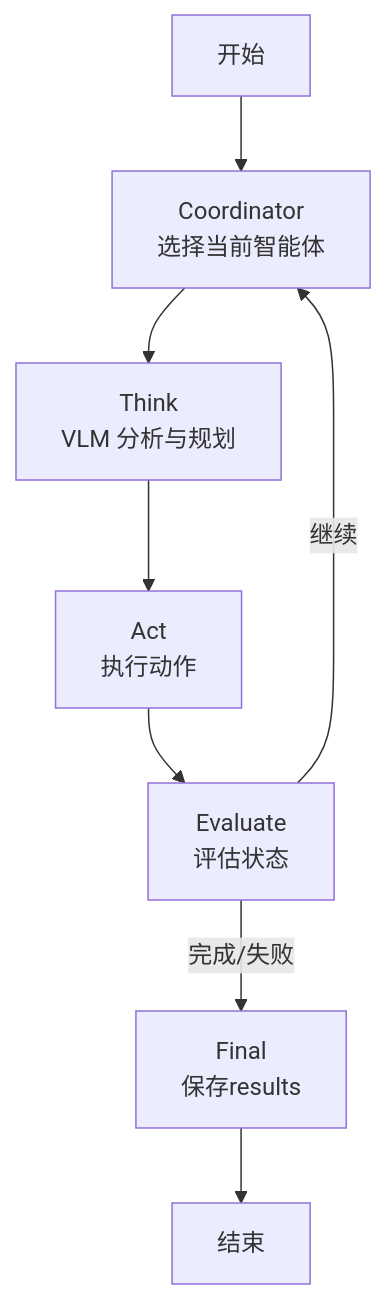
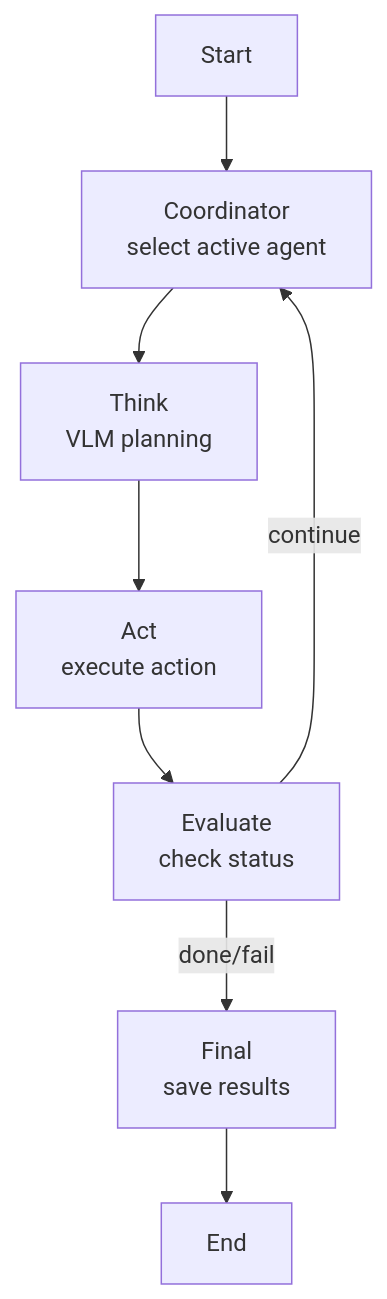
One commit to Hongcheng-Gao/SpatialWorld changed the diagram in mllm_base_agent/dual_agent/ai2thor/docs/README.md. Above: the diagram before and after it, drawn with Mermaid. The commit also changed other lines of this file and 671 other files, not shown here.

````diff
--- a/mllm_base_agent/dual_agent/ai2thor/docs/README.md
+++ b/mllm_base_agent/dual_agent/ai2thor/docs/README.md
@@ -55,10 +55,10 @@
 ```mermaid
 graph TD
-    START[开始] --> COORD[Coordinator<br/>选择当前智能体]
-    COORD --> THINK[Think<br/>VLM 分析与规划]
-    THINK --> ACT[Act<br/>执行动作]
-    ACT --> EVAL[Evaluate<br/>评估状态]
-    EVAL -->|继续| COORD
-    EVAL -->|完成/失败| FINAL[Final<br/>保存results]
-    FINAL --> END[结束]
+    START[Start] --> COORD[Coordinator<br/>select active agent]
+    COORD --> THINK[Think<br/>VLM planning]
+    THINK --> ACT[Act<br/>execute action]
+    ACT --> EVAL[Evaluate<br/>check status]
+    EVAL -->|continue| COORD
+    EVAL -->|done/fail| FINAL[Final<br/>save results]
+    FINAL --> END[End]
 ```
````
